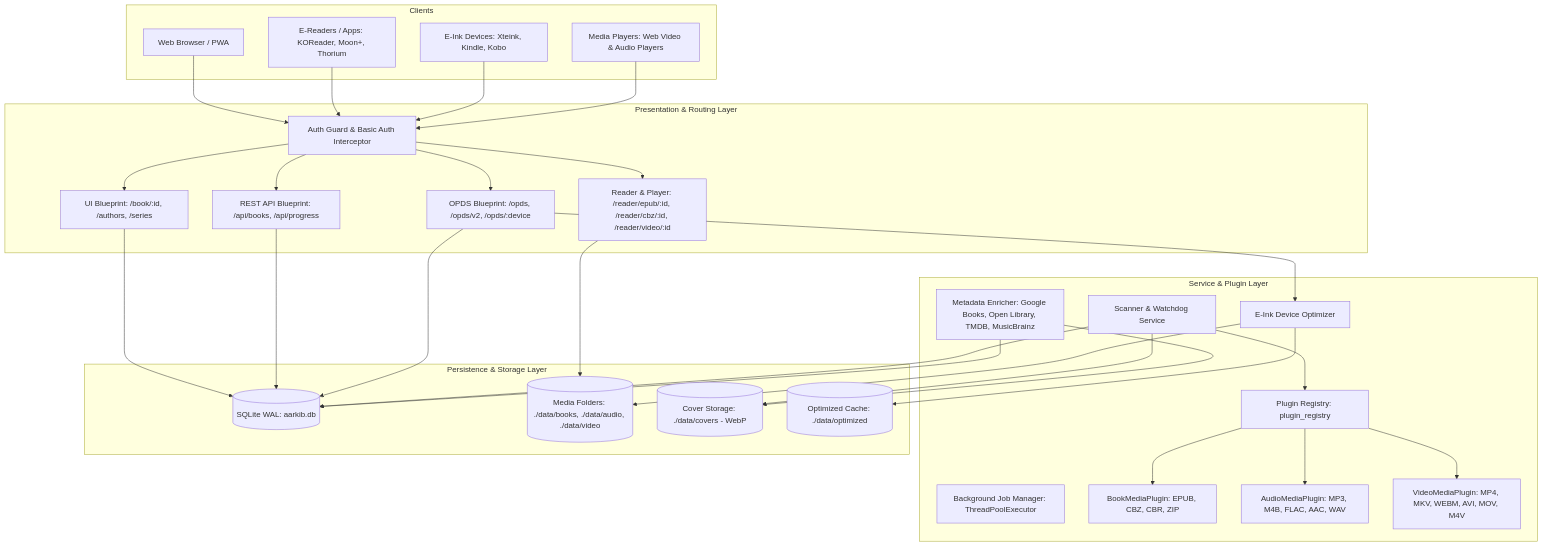
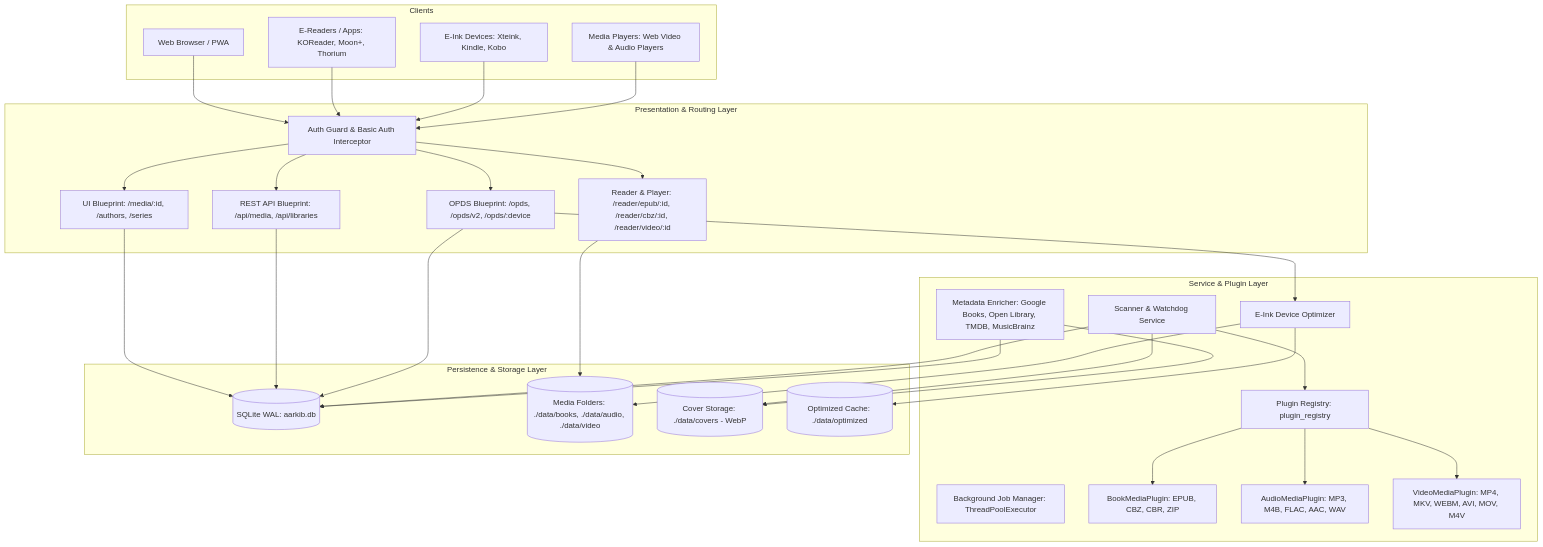
One commit to syfq91/aarkib changed the first of 4 diagrams in design.md. Above: the diagram before and after it, drawn with Mermaid. The commit also changed other lines of this file and 22 other files, not shown here.

````diff
--- a/design.md
+++ b/design.md
@@ -24,65 +24,65 @@
 ```mermaid
 graph TD
     subgraph Clients
         Web[Web Browser / PWA]
         EReader[E-Readers / Apps: KOReader, Moon+, Thorium]
         EInk[E-Ink Devices: Xteink, Kindle, Kobo]
         MediaPlayer[Media Players: Web Video & Audio Players]
     end
 
     subgraph Presentation & Routing Layer
         AuthFilter[Auth Guard & Basic Auth Interceptor]
-        UIRoutes[UI Blueprint: /book/:id, /authors, /series]
-        APIRoutes[REST API Blueprint: /api/books, /api/progress]
+        UIRoutes[UI Blueprint: /media/:id, /authors, /series]
+        APIRoutes[REST API Blueprint: /api/media, /api/libraries]
         OPDSRoutes[OPDS Blueprint: /opds, /opds/v2, /opds/:device]
         ReaderRoutes[Reader & Player: /reader/epub/:id, /reader/cbz/:id, /reader/video/:id]
     end
 
     subgraph Service & Plugin Layer
         JobManager[Background Job Manager: ThreadPoolExecutor]
         PluginRegistry[Plugin Registry: plugin_registry]
         BookPlugin[BookMediaPlugin: EPUB, CBZ, CBR, ZIP]
         AudioPlugin[AudioMediaPlugin: MP3, M4B, FLAC, AAC, WAV]
         VideoPlugin[VideoMediaPlugin: MP4, MKV, WEBM, AVI, MOV, M4V]
         Scanner[Scanner & Watchdog Service]
         Optimizer[E-Ink Device Optimizer]
         Enricher[Metadata Enricher: Google Books, Open Library, TMDB, MusicBrainz]
     end
 
     subgraph Persistence & Storage Layer
         DB[(SQLite WAL: aarkib.db)]
         BooksDir[(Media Folders: ./data/books, ./data/audio, ./data/video)]
         CoversDir[(Cover Storage: ./data/covers - WebP)]
         OptimizedDir[(Optimized Cache: ./data/optimized)]
     end
 
     Web --> AuthFilter
     EReader --> AuthFilter
     EInk --> AuthFilter
     MediaPlayer --> AuthFilter
 
     AuthFilter --> UIRoutes
     AuthFilter --> APIRoutes
     AuthFilter --> OPDSRoutes
     AuthFilter --> ReaderRoutes
 
     UIRoutes --> DB
     APIRoutes --> DB
     ReaderRoutes --> BooksDir
 
     OPDSRoutes --> DB
     OPDSRoutes --> Optimizer
 
     Scanner --> PluginRegistry
     PluginRegistry --> BookPlugin
     PluginRegistry --> AudioPlugin
     PluginRegistry --> VideoPlugin
     Scanner --> DB
     Scanner --> CoversDir
 
     Optimizer --> BooksDir
     Optimizer --> OptimizedDir
 
     Enricher --> DB
     Enricher --> CoversDir
 ```
````
